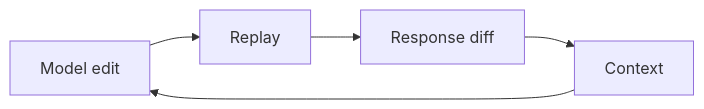
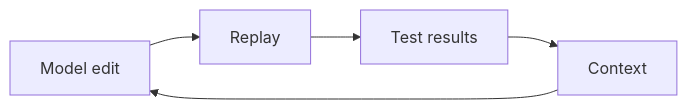
Before and after one commit to speedscale/mock-lab: the second of 3 diagrams in AI-CONTEXT.md, drawn with Mermaid. The commit also changed other lines of this file, not shown here.

````diff
--- a/AI-CONTEXT.md
+++ b/AI-CONTEXT.md
@@ -50,7 +50,7 @@
 ```mermaid
 flowchart LR
     E["Model edit"] --> R["Replay"]
-    R --> D["Response diff"]
+    R --> D["Test results"]
     D --> C["Context"]
     C --> E
 ```
````
